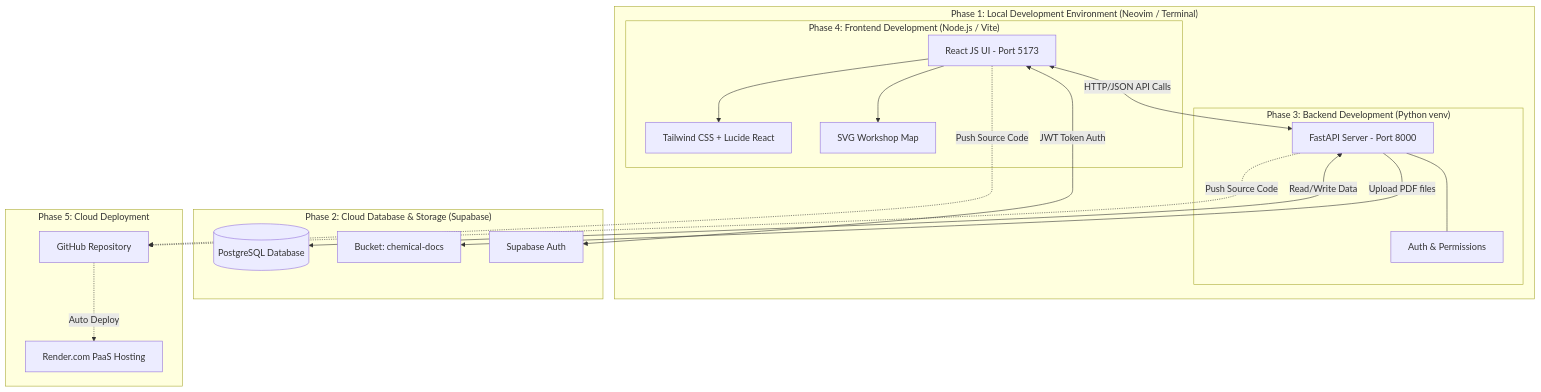
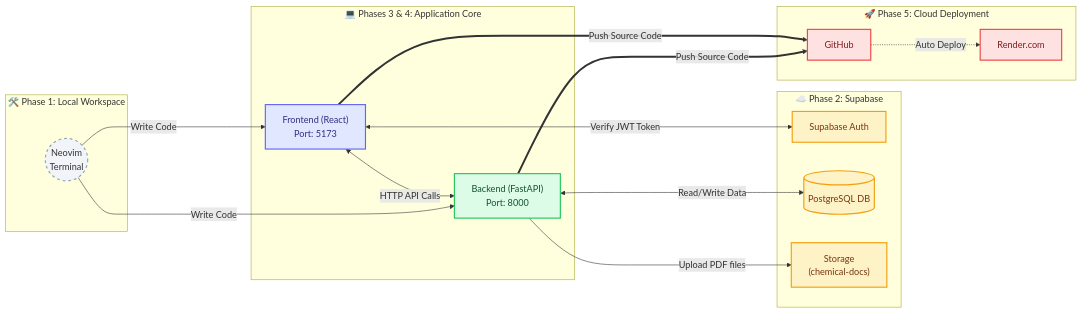
One commit to kneknew/tremon_hse changed the first of 5 diagrams in README.md. Above: the diagram before and after it, drawn with Mermaid. The commit also changed other lines of this file, not shown here.

First line of the commit message:
Enhance README with updated project details and diagrams

````diff
--- a/README.md
+++ b/README.md
@@ -25,40 +27,49 @@
 ```mermaid
-graph TD
-    subgraph "Phase 1: Local Development Environment (Neovim / Terminal)"
-        subgraph "Phase 4: Frontend Development (Node.js / Vite)"
-            UI[React JS UI - Port 5173]
-            Style[Tailwind CSS + Lucide React]
-            Map[SVG Workshop Map]
-            UI --> Style
-            UI --> Map
-        end
+flowchart LR
+    %% Color definitions for specific areas
+    classDef phase1 fill:#f1f5f9,stroke:#94a3b8,stroke-width:2px,stroke-dasharray: 5 5;
+    classDef frontend fill:#e0e7ff,stroke:#6366f1,stroke-width:2px,color:#312e81;
+    classDef backend fill:#dcfce7,stroke:#22c55e,stroke-width:2px,color:#14532d;
+    classDef cloud fill:#fef3c7,stroke:#f59e0b,stroke-width:2px,color:#78350f;
+    classDef deploy fill:#fee2e2,stroke:#ef4444,stroke-width:2px,color:#7f1d1d;
 
-        subgraph "Phase 3: Backend Development (Python venv)"
-            API[FastAPI Server - Port 8000]
-            Auth_Middleware[Auth & Permissions]
-            API --- Auth_Middleware
-        end
+    %% Phase 1: Local Environment
+    subgraph P1 ["🛠️ Phase 1: Local Workspace"]
+        Dev((Neovim<br/>Terminal)):::phase1
     end
 
-    subgraph "Phase 2: Cloud Database & Storage (Supabase)"
-        DB[(PostgreSQL Database)]
-        Storage[Bucket: chemical-docs]
-        SupabaseAuth[Supabase Auth]
-    end
-    
-    subgraph "Phase 5: Cloud Deployment"
-        Render[Render.com PaaS Hosting]
-        GitHub[GitHub Repository]
+    %% Phase 3 & 4: Application Core
+    subgraph App ["💻 Phases 3 & 4: Application Core"]
+        UI["Frontend (React)<br/>Port: 5173"]:::frontend
+        API["Backend (FastAPI)<br/>Port: 8000"]:::backend
+        
+        UI <-->|HTTP API Calls| API
     end
 
-    %% Development Flow
-    UI -.->|Push Source Code| GitHub
-    API -.->|Push Source Code| GitHub
-    GitHub -.->|Auto Deploy| Render
+    %% Phase 2: Cloud Database & Storage
+    subgraph P2 ["☁️ Phase 2: Supabase"]
+        Auth["Supabase Auth"]:::cloud
+        DB[("PostgreSQL DB")]:::cloud
+        Storage["Storage<br/>(chemical-docs)"]:::cloud
+    end
 
-    %% Communication Flow
-    UI <-->|HTTP/JSON API Calls| API
+    %% Phase 5: Cloud Deployment
+    subgraph P5 ["🚀 Phase 5: Cloud Deployment"]
+        Git["GitHub"]:::deploy
+        Render["Render.com"]:::deploy
+        
+        Git -.->|Auto Deploy| Render
+    end
+
+    %% Workflow connections
+    Dev --->|Write Code| UI
+    Dev --->|Write Code| API
+
+    %% Data connections
+    UI <-->|Verify JWT Token| Auth
     API <-->|Read/Write Data| DB
-    API -->|Upload PDF files| Storage
-    UI <-->|JWT Token Auth| SupabaseAuth
+    API --->|Upload PDF files| Storage
+
+    %% Deployment connections
+    UI & API ===>|Push Source Code| Git
 ```
````
